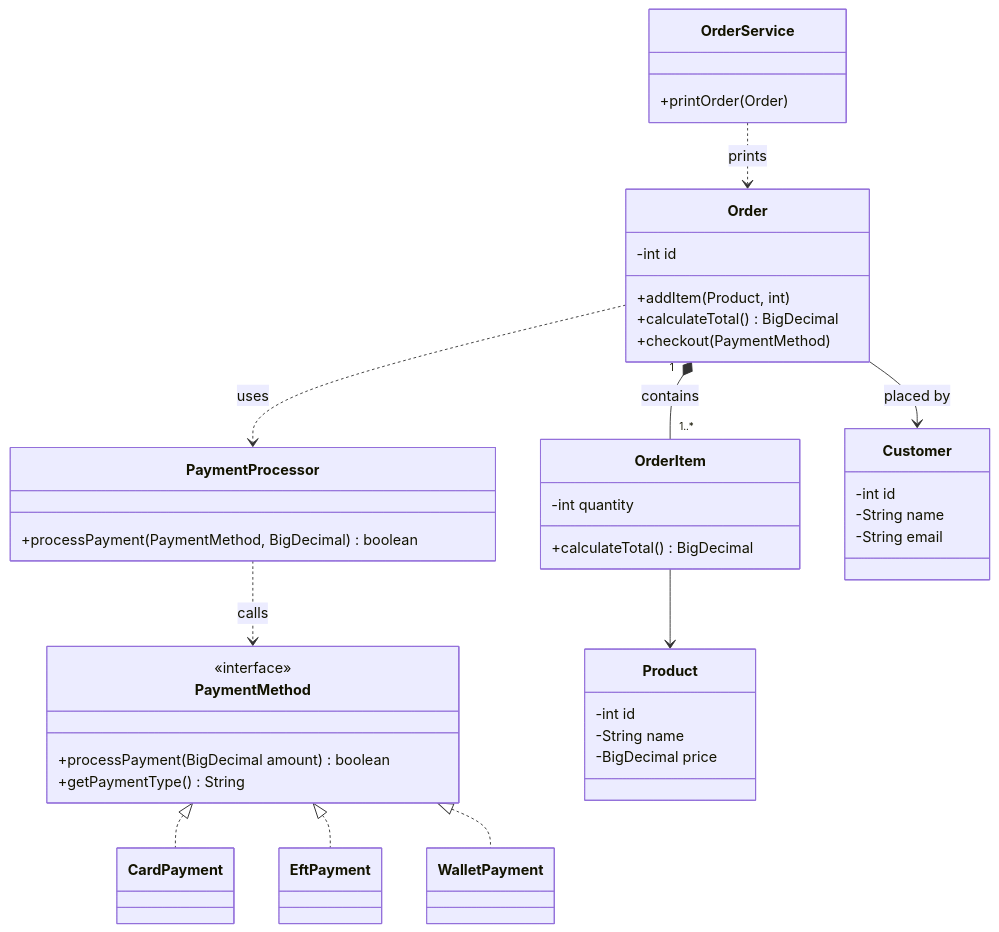
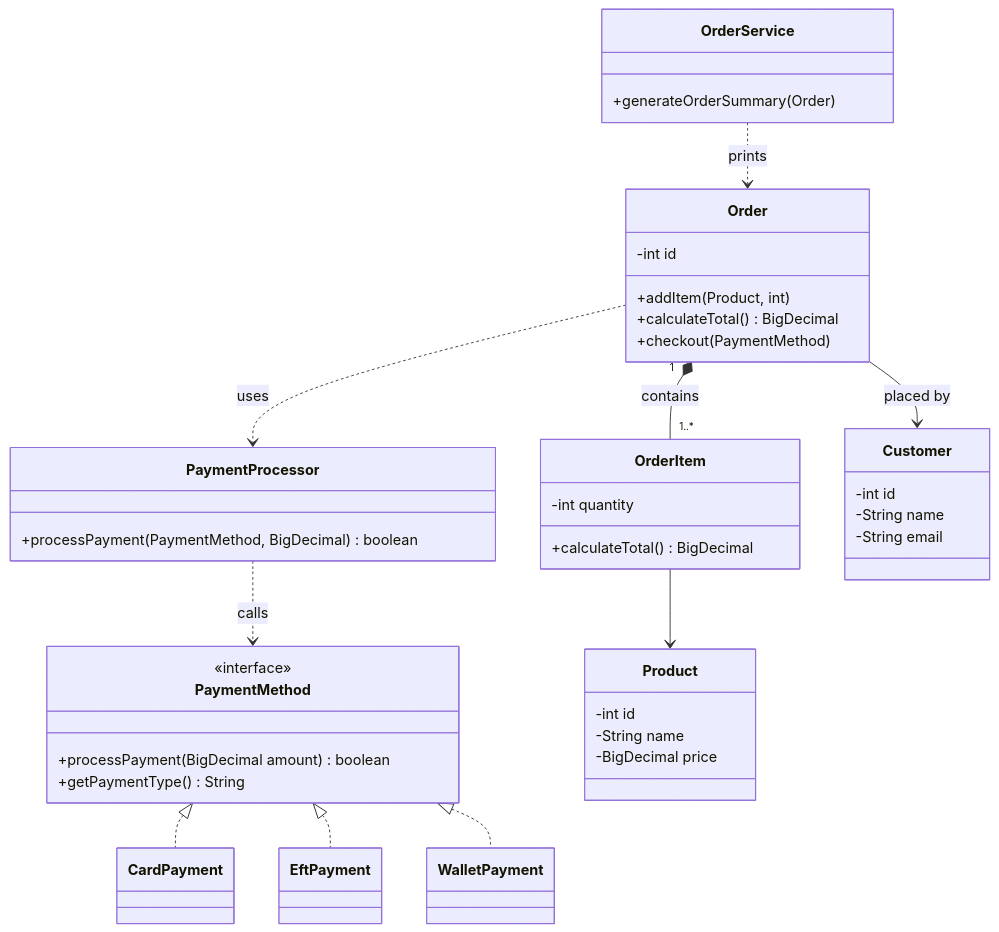
One commit to Umuzi-skillslab/merchant-order-desk-and-catalogue-engine-mmasellomanabile-umuzi changed the second of 2 diagrams in README.md. Above: the diagram before and after it, drawn with Mermaid. The commit also changed other lines of this file and 8 other files, not shown here.

````diff
--- a/README.md
+++ b/README.md
@@ -216,47 +222,47 @@
 ```mermaid
 classDiagram
     class PaymentMethod {
         <<interface>>
         +processPayment(BigDecimal amount) boolean
         +getPaymentType() String
     }
     class CardPayment
     class EftPayment
     class WalletPayment
     class PaymentProcessor {
         +processPayment(PaymentMethod, BigDecimal) boolean
     }
     class Order {
         -int id
         +addItem(Product, int)
         +calculateTotal() BigDecimal
         +checkout(PaymentMethod)
     }
     class OrderItem {
         -int quantity
         +calculateTotal() BigDecimal
     }
     class Product {
         -int id
         -String name
         -BigDecimal price
     }
     class Customer {
         -int id
         -String name
         -String email
     }
     class OrderService {
-        +printOrder(Order)
+        +generateOrderSummary(Order)
     }
 
     PaymentMethod <|.. CardPayment
     PaymentMethod <|.. EftPayment
     PaymentMethod <|.. WalletPayment
     PaymentProcessor ..> PaymentMethod : calls
     Order ..> PaymentProcessor : uses
     Order --> Customer : placed by
     Order "1" *-- "1..*" OrderItem : contains
     OrderItem --> Product
     OrderService ..> Order : prints
 ```
````
